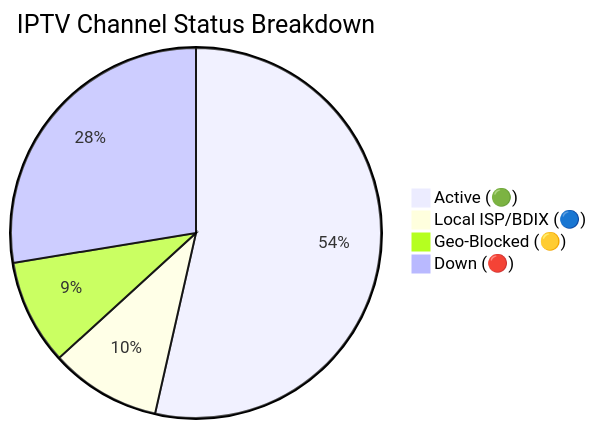
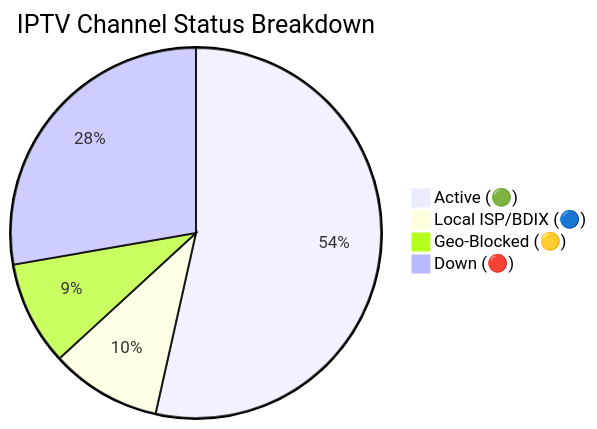
One commit to f6388600-ai/Web changed the diagram in README.md. Above: the diagram before and after it, drawn with Mermaid. The commit also changed other lines of this file and 6 other files, not shown here.

````diff
--- a/README.md
+++ b/README.md
@@ -149,7 +149,7 @@
 ```mermaid
 pie title IPTV Channel Status Breakdown
-    "Active (🟢)" : 9273
-    "Local ISP/BDIX (🔵)" : 1676
-    "Geo-Blocked (🟡)" : 1591
-    "Down (🔴)" : 4777
+    "Active (🟢)" : 9279
+    "Local ISP/BDIX (🔵)" : 1677
+    "Geo-Blocked (🟡)" : 1577
+    "Down (🔴)" : 4810
 ```
````
